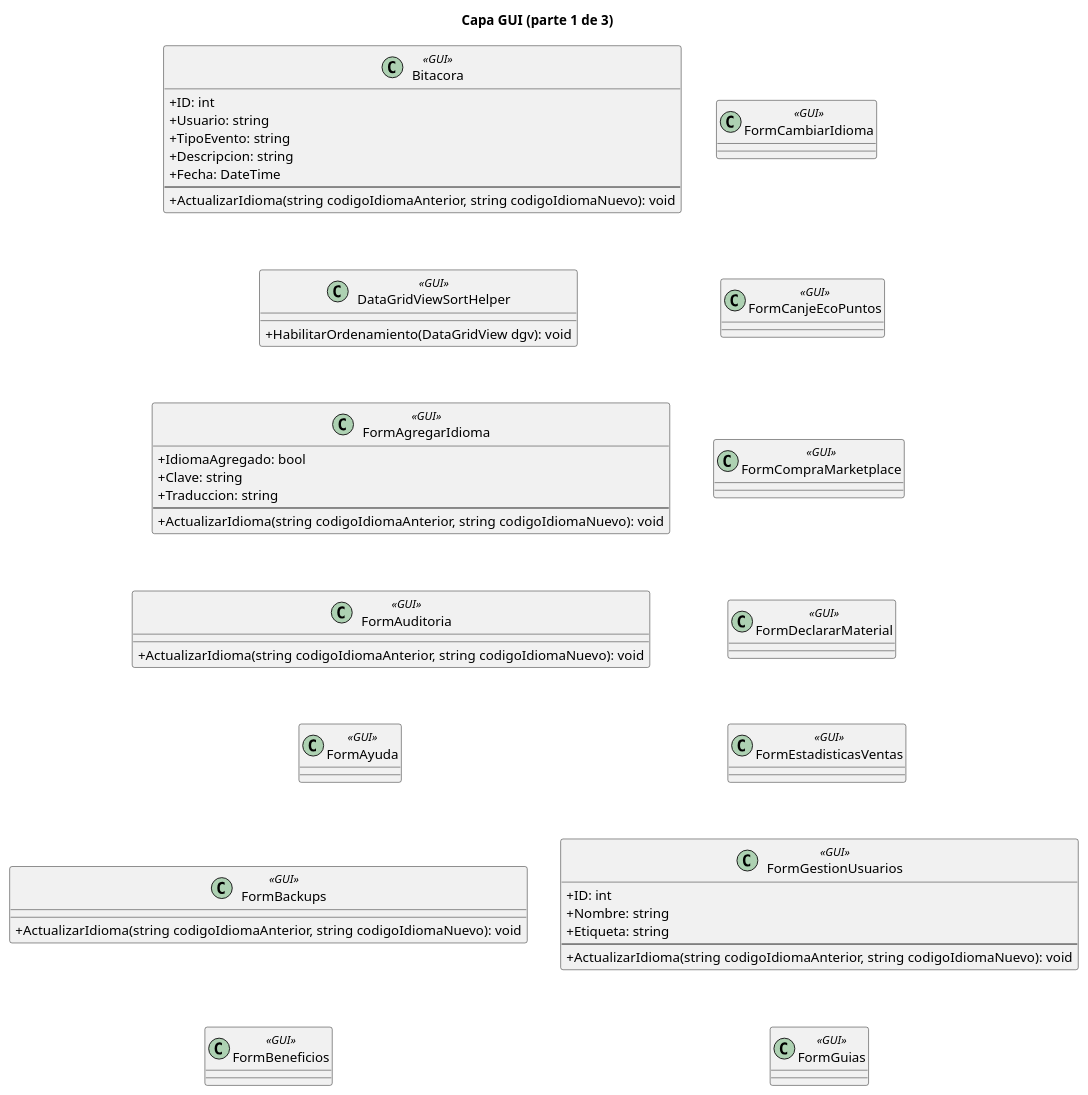
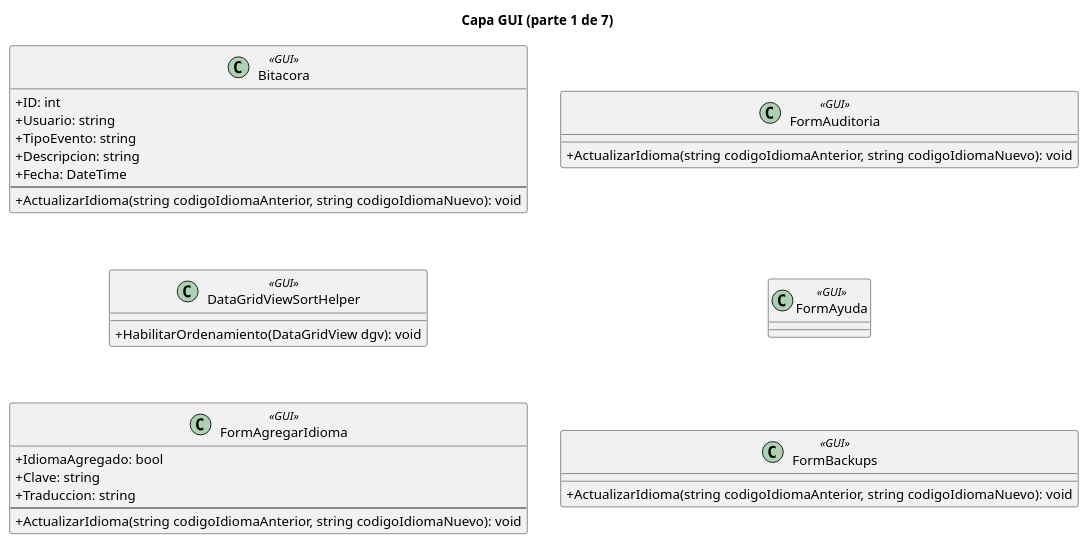
Before and after one commit to L-Muniz/uai-diploma_2026: the diagram in docs/diagramas/uml/capas__GUI_clases_1.puml, drawn with PlantUML. The commit also changed 50 other files, not shown here.

Commit message:
Docs: diagramas de clases por capa en partes de 6 clases, para que se lean en la hoja

```diff
--- a/docs/diagramas/uml/capas__GUI_clases_1.puml
+++ b/docs/diagramas/uml/capas__GUI_clases_1.puml
@@ -1,66 +1,37 @@
 @startuml
 skinparam classAttributeIconSize 0
 skinparam linetype ortho
-title Capa GUI (parte 1 de 3)
+title Capa GUI (parte 1 de 7)
 class "Bitacora" as Bitacora <<GUI>> {
   +ID: int
   +Usuario: string
   +TipoEvento: string
   +Descripcion: string
   +Fecha: DateTime
   --
   +ActualizarIdioma(string codigoIdiomaAnterior, string codigoIdiomaNuevo): void
 }
 class "DataGridViewSortHelper" as DataGridViewSortHelper <<GUI>> {
   +HabilitarOrdenamiento(DataGridView dgv): void
 }
 class "FormAgregarIdioma" as FormAgregarIdioma <<GUI>> {
   +IdiomaAgregado: bool
   +Clave: string
   +Traduccion: string
   --
   +ActualizarIdioma(string codigoIdiomaAnterior, string codigoIdiomaNuevo): void
 }
 class "FormAuditoria" as FormAuditoria <<GUI>> {
   +ActualizarIdioma(string codigoIdiomaAnterior, string codigoIdiomaNuevo): void
 }
 class "FormAyuda" as FormAyuda <<GUI>> {
 }
 class "FormBackups" as FormBackups <<GUI>> {
   +ActualizarIdioma(string codigoIdiomaAnterior, string codigoIdiomaNuevo): void
 }
-class "FormBeneficios" as FormBeneficios <<GUI>> {
-}
-class "FormCambiarIdioma" as FormCambiarIdioma <<GUI>> {
-}
-class "FormCanjeEcoPuntos" as FormCanjeEcoPuntos <<GUI>> {
-}
-class "FormCompraMarketplace" as FormCompraMarketplace <<GUI>> {
-}
-class "FormDeclararMaterial" as FormDeclararMaterial <<GUI>> {
-}
-class "FormEstadisticasVentas" as FormEstadisticasVentas <<GUI>> {
-}
-class "FormGestionUsuarios" as FormGestionUsuarios <<GUI>> {
-  +ID: int
-  +Nombre: string
-  +Etiqueta: string
-  --
-  +ActualizarIdioma(string codigoIdiomaAnterior, string codigoIdiomaNuevo): void
-}
-class "FormGuias" as FormGuias <<GUI>> {
-}
 Bitacora -[hidden]down- DataGridViewSortHelper
 DataGridViewSortHelper -[hidden]down- FormAgregarIdioma
-FormAgregarIdioma -[hidden]down- FormAuditoria
 FormAuditoria -[hidden]down- FormAyuda
 FormAyuda -[hidden]down- FormBackups
-FormBackups -[hidden]down- FormBeneficios
-FormCambiarIdioma -[hidden]down- FormCanjeEcoPuntos
-FormCanjeEcoPuntos -[hidden]down- FormCompraMarketplace
-FormCompraMarketplace -[hidden]down- FormDeclararMaterial
-FormDeclararMaterial -[hidden]down- FormEstadisticasVentas
-FormEstadisticasVentas -[hidden]down- FormGestionUsuarios
-FormGestionUsuarios -[hidden]down- FormGuias
-Bitacora -[hidden]right- FormCambiarIdioma
+Bitacora -[hidden]right- FormAuditoria
 @enduml
```
